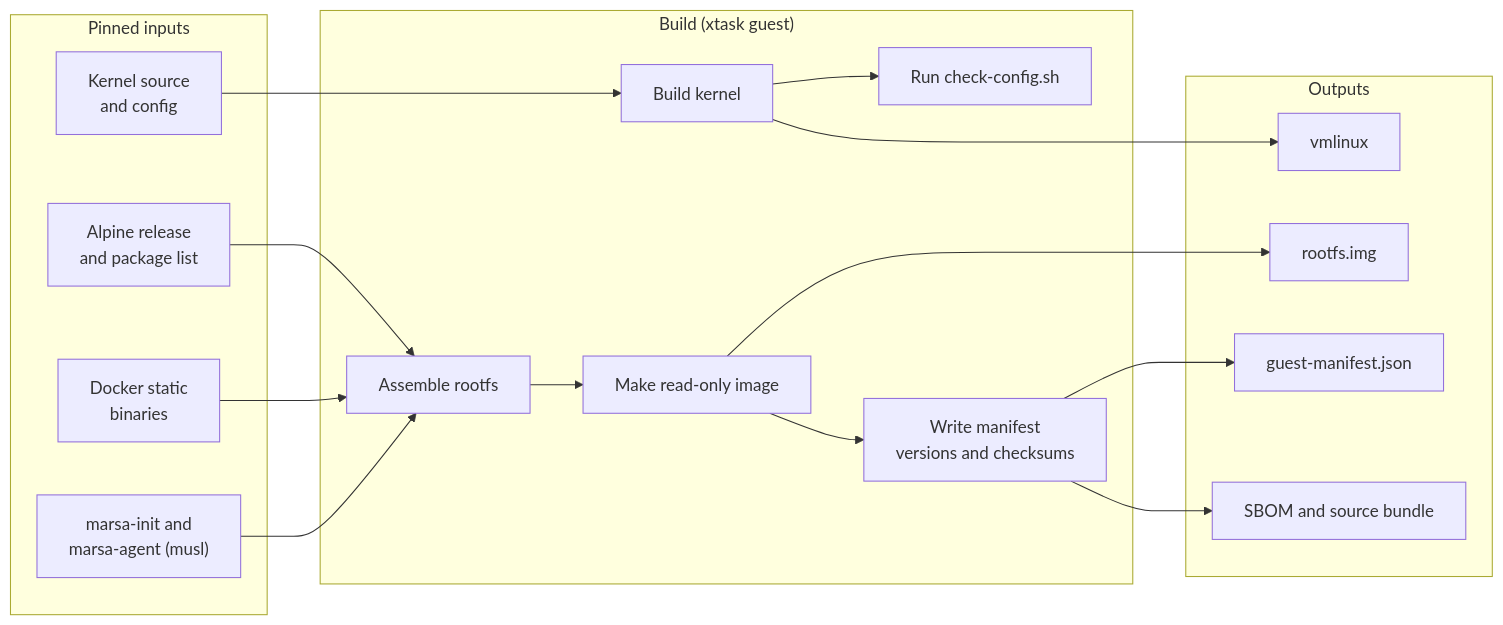
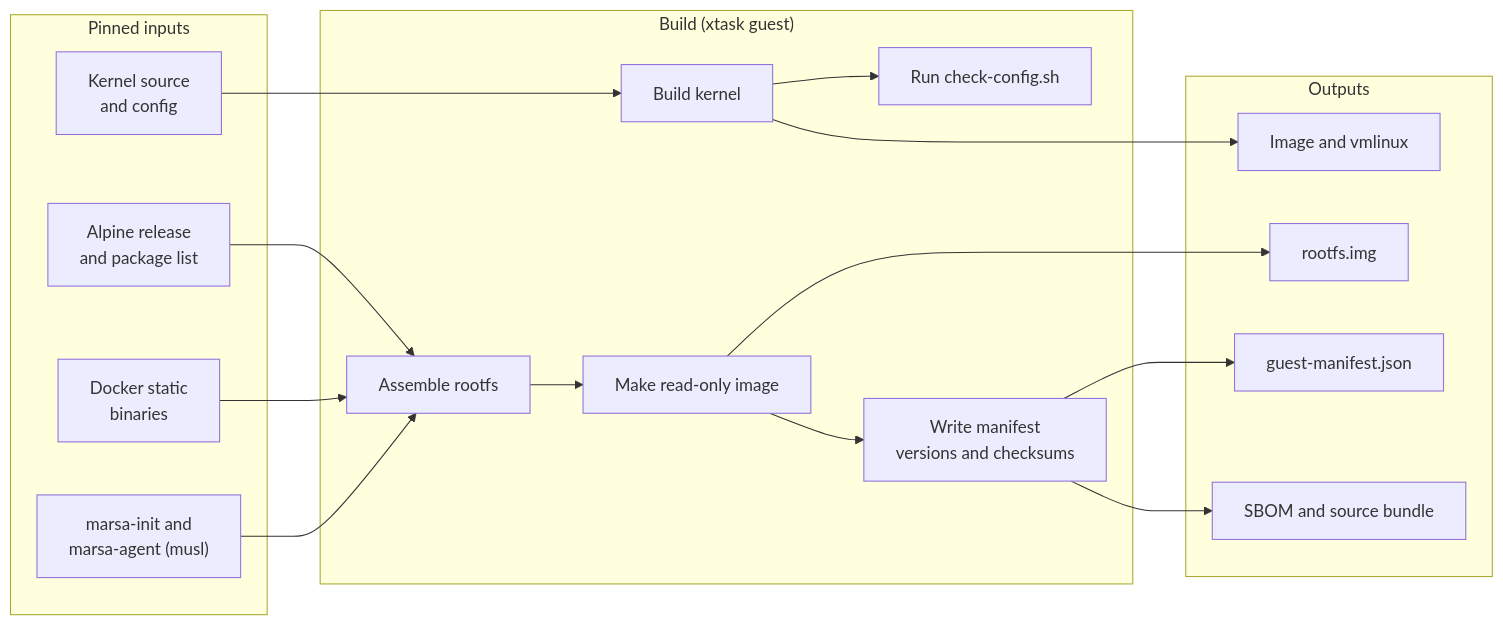
The third of 3 diagrams in docs/05-guest-image.md (nasraldin/marsa), drawn with Mermaid before and after one commit. The commit also changed other lines of this file and 24 other files, not shown here.

````diff
--- a/docs/05-guest-image.md
+++ b/docs/05-guest-image.md
@@ -141,33 +141,33 @@
 ```mermaid
 flowchart LR
     subgraph inputs["Pinned inputs"]
         alp["Alpine release<br/>and package list"]
         ksrc["Kernel source<br/>and config"]
         eng["Docker static<br/>binaries"]
         rs["marsa-init and<br/>marsa-agent (musl)"]
     end
 
     subgraph build["Build (xtask guest)"]
         kb["Build kernel"]
         rb["Assemble rootfs"]
         chk["Run check-config.sh"]
         img["Make read-only image"]
         man["Write manifest<br/>versions and checksums"]
     end
 
     subgraph outputs["Outputs"]
-        vml["vmlinux"]
+        vml["Image and vmlinux"]
         rimg["rootfs.img"]
         mj["guest-manifest.json"]
         sbom["SBOM and source bundle"]
     end
 
     ksrc --> kb --> vml
     kb --> chk
     alp --> rb
     eng --> rb
     rs --> rb
     rb --> img --> rimg
     img --> man --> mj
     man --> sbom
 ```
````
